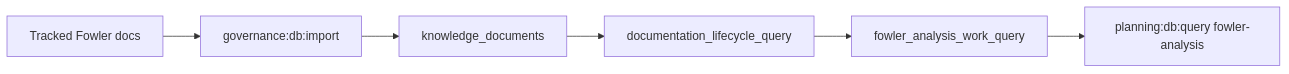
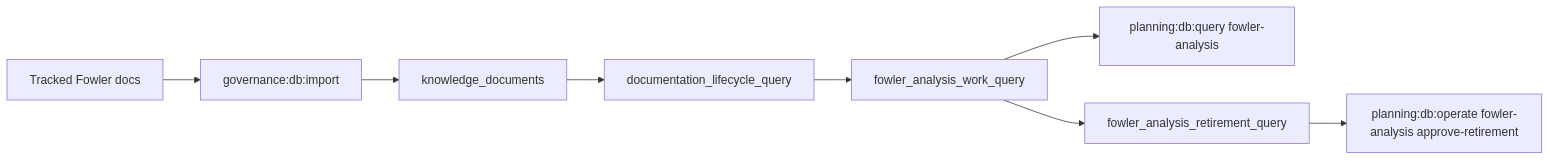
The diagram in docs/planning/proposals/mandatory/governance-and-docs/fowler-analysis-db-first-work-queue-plan-20260610.md (dunay2/dvt), drawn with Mermaid before and after one commit. The commit also changed other lines of this file and 8 other files, not shown here.

Commit message:
feat(planner): Add Fowler analysis retirement rails

````diff
--- a/docs/planning/proposals/mandatory/governance-and-docs/fowler-analysis-db-first-work-queue-plan-20260610.md
+++ b/docs/planning/proposals/mandatory/governance-and-docs/fowler-analysis-db-first-work-queue-plan-20260610.md
@@ -28,8 +28,10 @@
 ```mermaid
 flowchart LR
   Docs["Tracked Fowler docs"] --> Import["governance:db:import"]
   Import --> Knowledge["knowledge_documents"]
   Knowledge --> Lifecycle["documentation_lifecycle_query"]
   Lifecycle --> Queue["fowler_analysis_work_query"]
   Queue --> Query["planning:db:query fowler-analysis"]
+  Queue --> Retirement["fowler_analysis_retirement_query"]
+  Retirement --> Decision["planning:db:operate fowler-analysis approve-retirement"]
 ```
````
